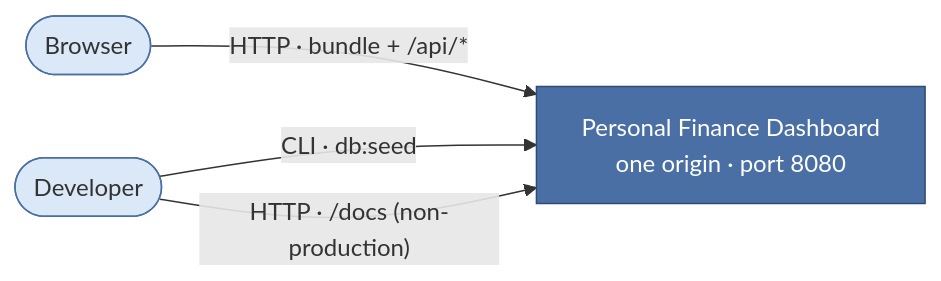
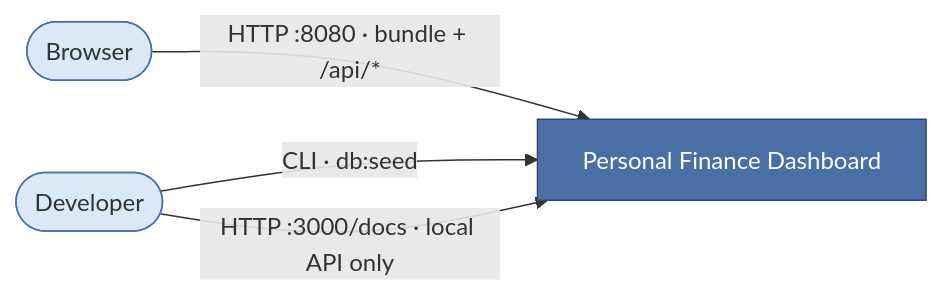
One commit to RomanL1/finance-dashboard changed the diagram in docs/arc42/diagrams/03_technical_context.mmd. Above: the diagram before and after it, drawn with Mermaid. The commit also changed 28 other files, not shown here.

```diff
--- a/docs/arc42/diagrams/03_technical_context.mmd
+++ b/docs/arc42/diagrams/03_technical_context.mmd
@@ -1,11 +1,11 @@
 flowchart LR
   browser(["Browser"])
-  sys["Personal Finance Dashboard<br/>one origin · port 8080"]
+  sys["Personal Finance Dashboard"]
   dev(["Developer"])
-  browser -->|"HTTP · bundle + /api/*"| sys
+  browser -->|"HTTP :8080 · bundle + /api/*"| sys
   dev -->|"CLI · db:seed"| sys
-  dev -->|"HTTP · /docs (non-production)"| sys
+  dev -->|"HTTP :3000/docs · local API only"| sys
   classDef person fill:#dbe8f7,stroke:#4a6fa5;
   classDef system fill:#4a6fa5,stroke:#2f4a73,color:#ffffff;
   class browser,dev person;
   class sys system;
```
